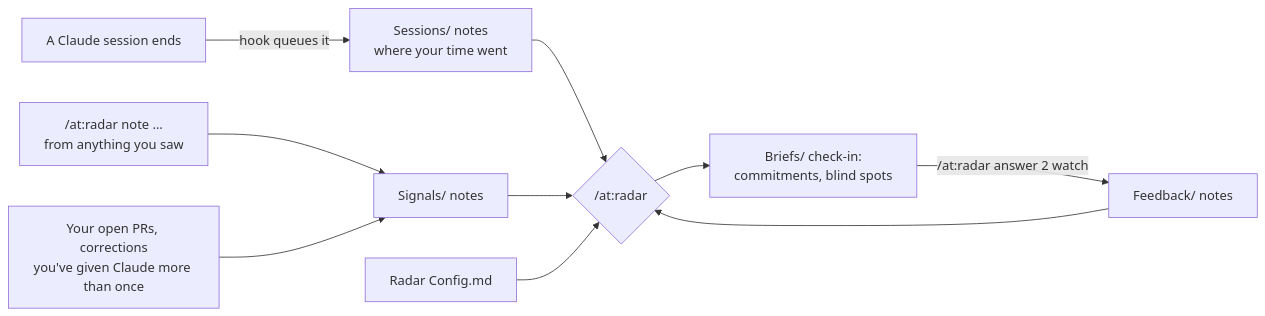
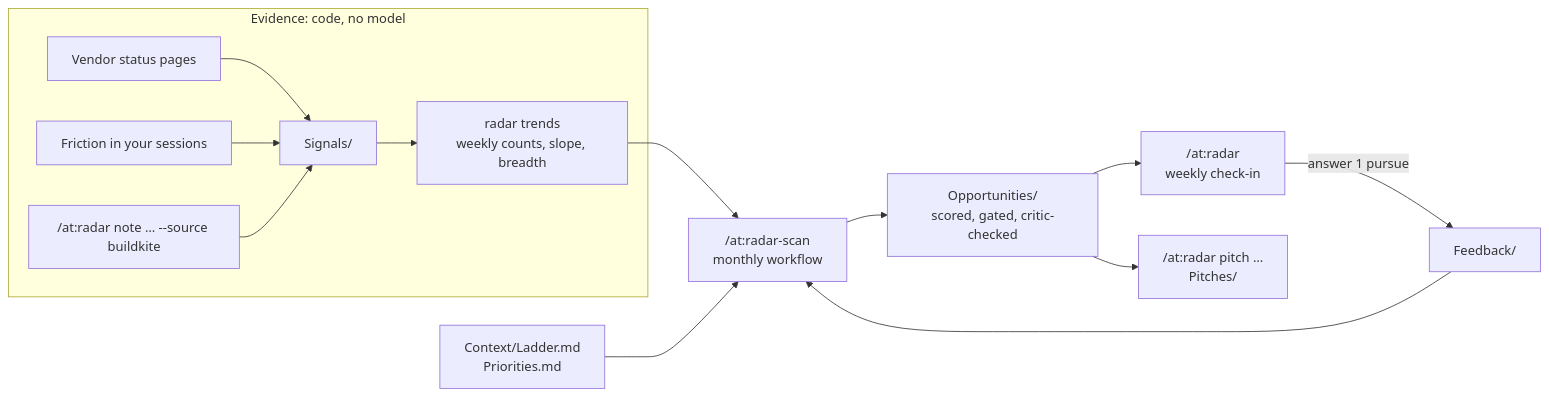
The second of 2 diagrams in README.md (andytavares/claude), drawn with Mermaid before and after one commit. The commit also changed other lines of this file and 1 other file, not shown here.

Commit message:
docs(radar): skill and README for opportunities, pitches and the scan

````diff
--- a/README.md
+++ b/README.md
@@ -88,12 +91,15 @@
 ```mermaid
 flowchart LR
-  S["A Claude session ends"] -->|"hook queues it"| D["Sessions/ notes<br/>where your time went"]
-  N["/at:radar note …<br/>from anything you saw"] --> G["Signals/ notes"]
-  P["Your open PRs, corrections<br/>you've given Claude more than once"] --> G
-  D --> C{"/at:radar"}
-  G --> C
-  CFG["Radar Config.md"] --> C
-  C --> B["Briefs/ check-in:<br/>commitments, blind spots"]
-  B -->|"/at:radar answer 2 watch"| F["Feedback/ notes"]
-  F --> C
+  subgraph evidence["Evidence: code, no model"]
+    SP["Vendor status pages"] --> SG["Signals/"]
+    FR["Friction in your sessions"] --> SG
+    NT["/at:radar note … --source buildkite"] --> SG
+    SG --> TR["radar trends<br/>weekly counts, slope, breadth"]
+  end
+  TR --> SC["/at:radar-scan<br/>monthly workflow"]
+  LD["Context/Ladder.md<br/>Priorities.md"] --> SC
+  SC --> OP["Opportunities/<br/>scored, gated, critic-checked"]
+  OP --> CK["/at:radar<br/>weekly check-in"]
+  OP --> PI["/at:radar pitch …<br/>Pitches/"]
+  CK -->|"answer 1 pursue"| FB["Feedback/"] --> SC
 ```
````
